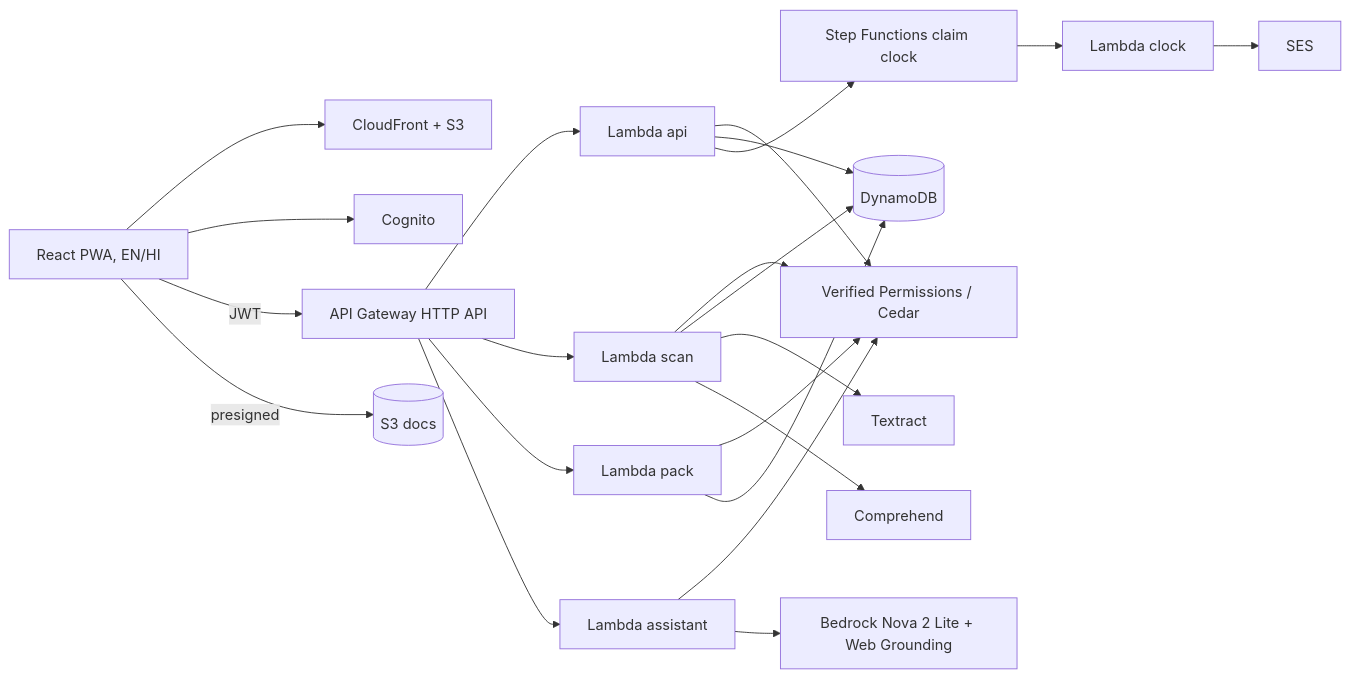
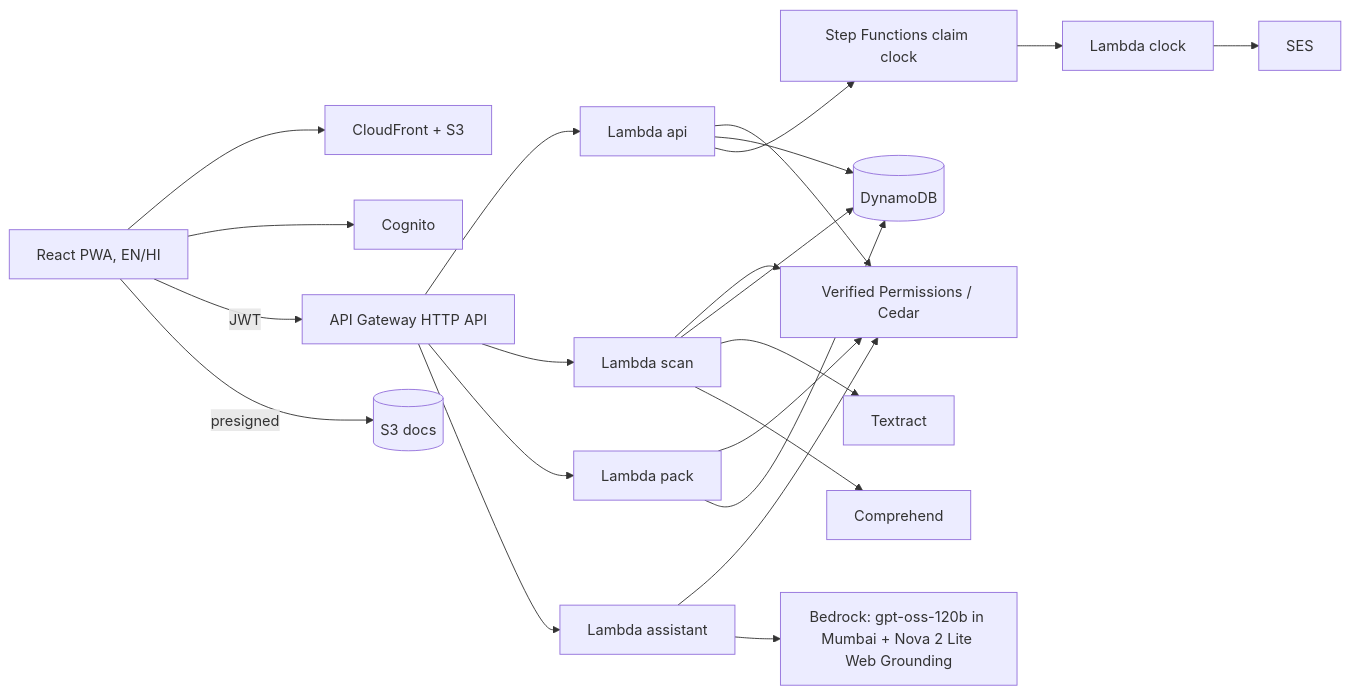
One commit to DhrubaAgarwalla/afterloss changed the diagram in README.md. Above: the diagram before and after it, drawn with Mermaid. The commit also changed other lines of this file and 9 other files, not shown here.

First line of the commit message:
feat(ai): explanations on gpt-oss-120b in Mumbai; form facts and Hindi glossary in prompts

````diff
--- a/README.md
+++ b/README.md
@@ -40,13 +40,13 @@
 ```mermaid
 flowchart LR
   UI[React PWA, EN/HI] --> CF[CloudFront + S3]
   UI --> COG[Cognito]
   UI -- JWT --> API[API Gateway HTTP API]
   API --> L1[Lambda api] & L2[Lambda scan] & L3[Lambda pack] & L4[Lambda assistant]
   L1 & L2 & L3 & L4 --> AVP[Verified Permissions / Cedar]
   L1 & L2 & L3 --> DDB[(DynamoDB)]
   UI -- presigned --> S3[(S3 docs)]
   L2 --> TX[Textract] & CMP[Comprehend]
   L1 --> SFN[Step Functions claim clock] --> L5[Lambda clock] --> SES[SES]
-  L4 --> BR[Bedrock Nova 2 Lite + Web Grounding]
+  L4 --> BR[Bedrock: gpt-oss-120b in Mumbai + Nova 2 Lite Web Grounding]
 ```
````
